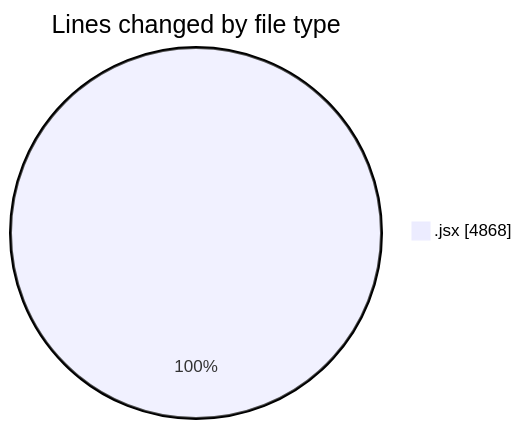
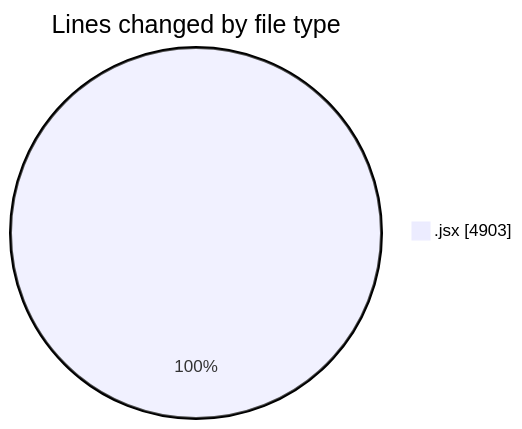
One commit to nxtqubesakshisongat/code-tracking changed the first of 2 diagrams in 2025-09-28/nxtqube_webapp/README.md. Above: the diagram before and after it, drawn with Mermaid. The commit also changed other lines of this file and 1 other file, not shown here.

````diff
--- a/2025-09-28/nxtqube_webapp/README.md
+++ b/2025-09-28/nxtqube_webapp/README.md
@@ -21,5 +21,5 @@
 ```mermaid
 pie showData
 title Lines changed by file type
-".jsx" : 4868
+".jsx" : 4903
 ```
````
